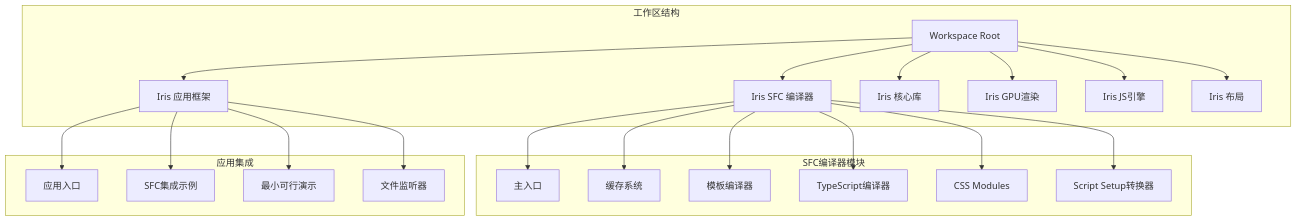
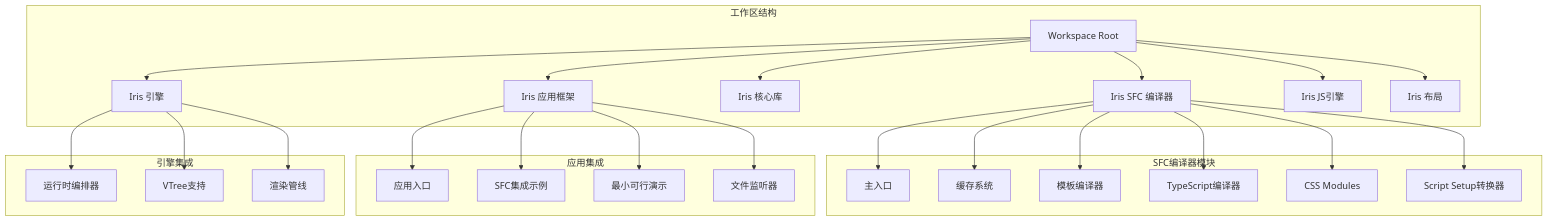
Before and after one commit to itszzl-sudo/iris: the first of 17 diagrams in .qoder/repowiki/zh/content/技术架构详解/即时转译系统/SFC编译器初始化机制/SFC集成示例.md, drawn with Mermaid. The commit also changed other lines of this file and 8 other files, not shown here.

````diff
--- a/.qoder/repowiki/zh/content/技术架构详解/即时转译系统/SFC编译器初始化机制/SFC集成示例.md
+++ b/.qoder/repowiki/zh/content/技术架构详解/即时转译系统/SFC编译器初始化机制/SFC集成示例.md
@@ -59,26 +65,31 @@
 ```mermaid
 graph TB
 subgraph "工作区结构"
 WS[Workspace Root]
 WS --> SFC[Iris SFC 编译器]
 WS --> APP[Iris 应用框架]
 WS --> CORE[Iris 核心库]
-WS --> GPU[Iris GPU渲染]
+WS --> ENGINE[Iris 引擎]
 WS --> JS[Iris JS引擎]
 WS --> LAYOUT[Iris 布局]
 end
 subgraph "SFC编译器模块"
 SFC --> LIB[主入口]
 SFC --> CACHE[缓存系统]
 SFC --> TEMPLATE[模板编译器]
 SFC --> TS[TypeScript编译器]
 SFC --> CSS[CSS Modules]
 SFC --> SETUP[Script Setup转换器]
 end
 subgraph "应用集成"
 APP --> MAIN[应用入口]
 APP --> DEMO[SFC集成示例]
 APP --> MINIMAL[最小可行演示]
 APP --> WATCH[文件监听器]
 end
+subgraph "引擎集成"
+ENGINE --> ORCHESTRATOR[运行时编排器]
+ENGINE --> VDOM[VTree支持]
+ENGINE --> RENDER[渲染管线]
+end
 ```
````
